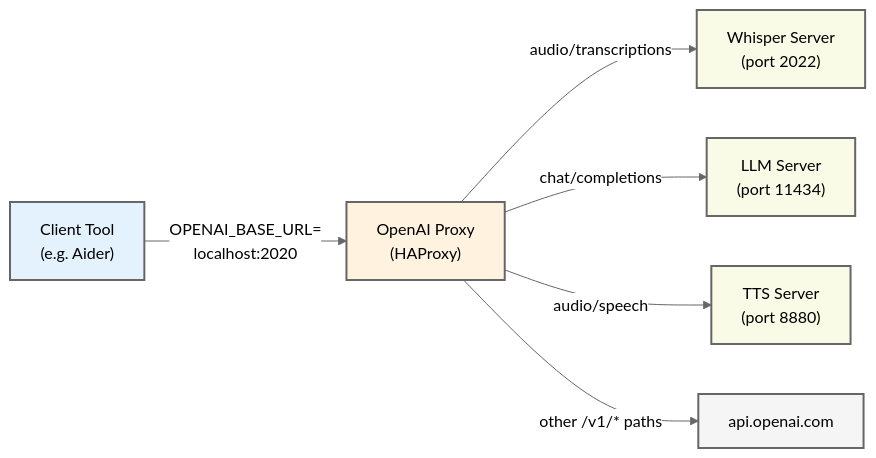
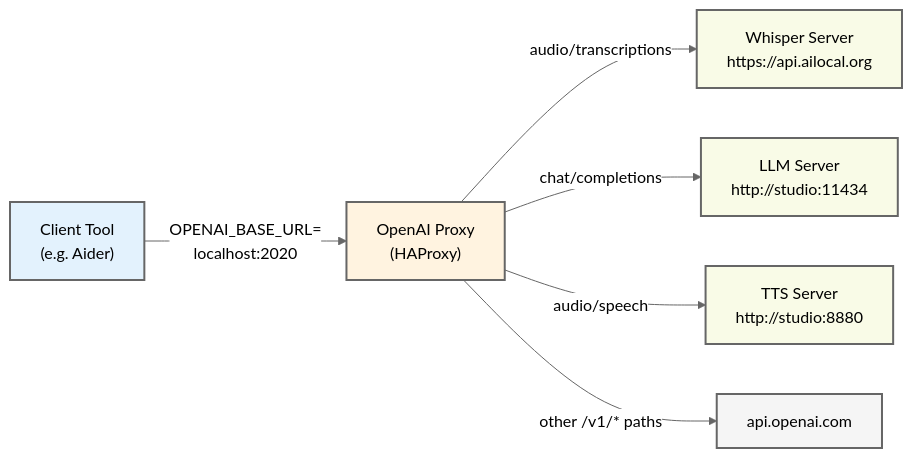
One commit to ailocal/openai-proxy changed the diagram in docs/architecture.md. Above: the diagram before and after it, drawn with Mermaid.

Commit message:
docs: Update Mermaid diagram with service URLs from e2e.env

````diff
--- a/docs/architecture.md
+++ b/docs/architecture.md
@@ -5,30 +5,30 @@
 ```mermaid
 %%{init: {
   'theme': 'base',
   'themeVariables': {
     'primaryColor': '#fff',
     'primaryTextColor': '#000',
     'primaryBorderColor': '#666',
     'lineColor': '#666',
     'textColor': '#000'
   }
 }}%%
 graph LR
     A["Client Tool<br>(e.g. Aider)"] -->|"OPENAI_BASE_URL=<br>localhost:2020"| B["OpenAI Proxy<br>(HAProxy)"]
     
-    B -->|"audio/transcriptions"| C["Whisper Server<br>(port 2022)"]
-    B -->|"chat/completions"| D["LLM Server<br>(port 11434)"]
-    B -->|"audio/speech"| E["TTS Server<br>(port 8880)"]
+    B -->|"audio/transcriptions"| C["Whisper Server<br>https://api.ailocal.org"]
+    B -->|"chat/completions"| D["LLM Server<br>http://studio:11434"]
+    B -->|"audio/speech"| E["TTS Server<br>http://studio:8880"]
     B -->|"other /v1/* paths"| F["api.openai.com"]
 
     classDef default stroke-width:2px;
     classDef client fill:#e3f2fd,stroke:#666;
     classDef proxy fill:#fff3e0,stroke:#666;
     classDef service fill:#f9fbe7,stroke:#666;
     classDef remote fill:#f5f5f5,stroke:#666;
     
     class A client;
     class B proxy;
     class C,D,E service;
     class F remote;
 ```
````
